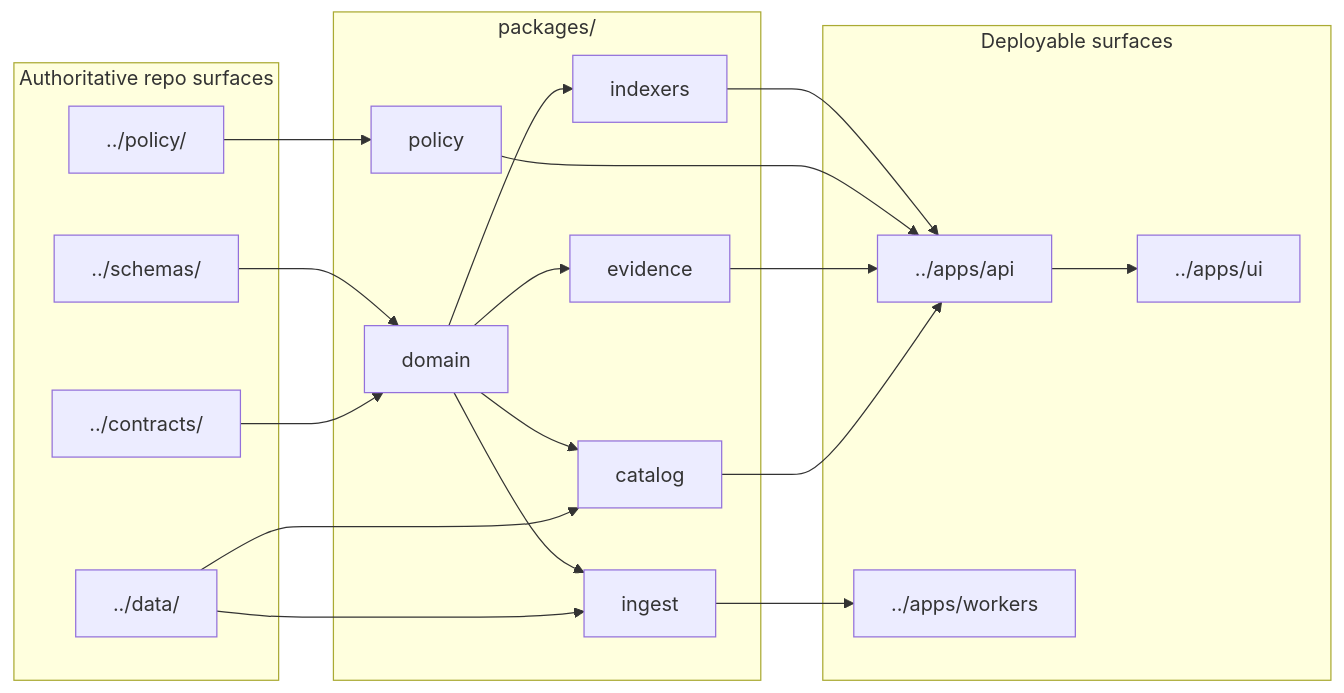
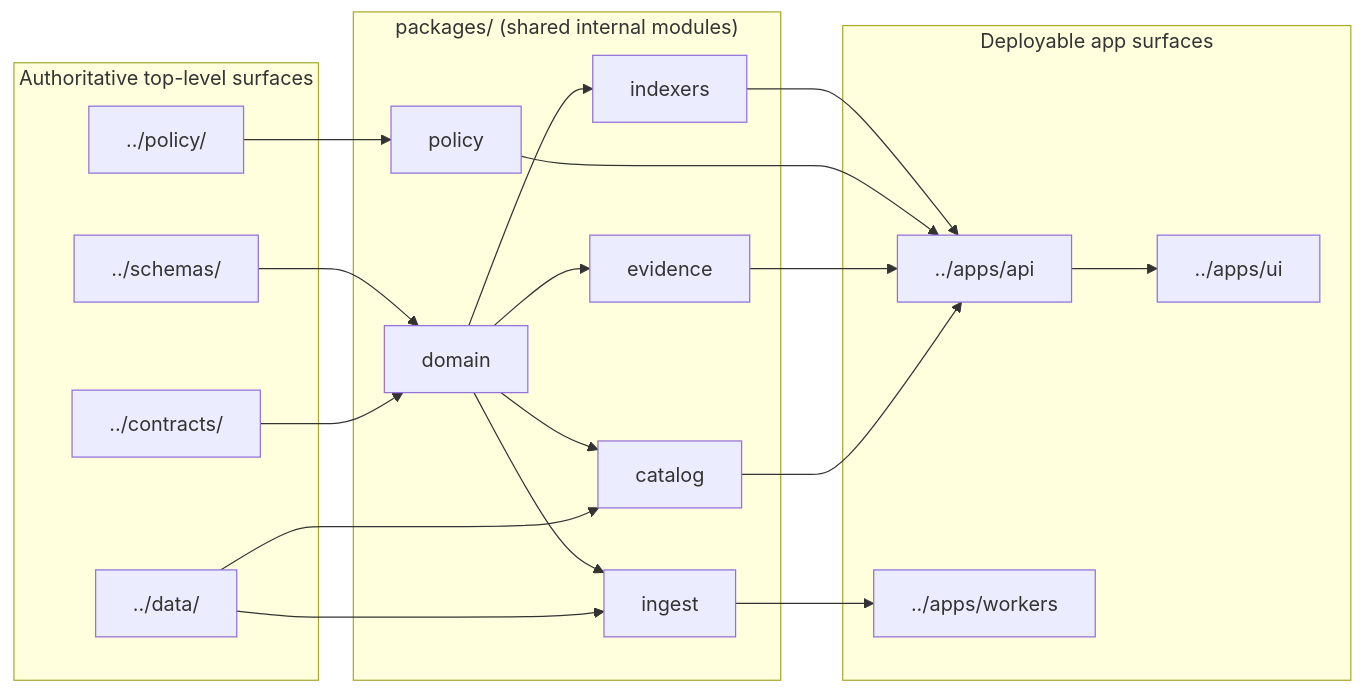
One commit to bartytime4life/Kansas-Frontier-Matrix changed the diagram in packages/README.md. Above: the diagram before and after it, drawn with Mermaid. The commit also changed other lines of this file, not shown here.

````diff
--- a/packages/README.md
+++ b/packages/README.md
@@ -201,42 +214,42 @@
 ```mermaid
 flowchart LR
-    subgraph Canonical["Authoritative repo surfaces"]
+    subgraph Canonical["Authoritative top-level surfaces"]
         C1["../contracts/"]
         C2["../schemas/"]
         C3["../policy/"]
         C4["../data/"]
     end
 
-    subgraph Packages["packages/"]
+    subgraph Packages["packages/ (shared internal modules)"]
         P1["domain"]
         P2["ingest"]
         P3["catalog"]
         P4["evidence"]
         P5["policy"]
         P6["indexers"]
     end
 
-    subgraph Deployable["Deployable surfaces"]
+    subgraph Deployable["Deployable app surfaces"]
         A1["../apps/api"]
         A2["../apps/ui"]
         A3["../apps/workers"]
     end
 
     C1 --> P1
     C2 --> P1
     C3 --> P5
     C4 --> P2
     C4 --> P3
 
     P1 --> P2
     P1 --> P3
     P1 --> P4
     P1 --> P6
 
     P2 --> A3
     P3 --> A1
     P4 --> A1
     P5 --> A1
     P6 --> A1
     A1 --> A2
 ```
````
